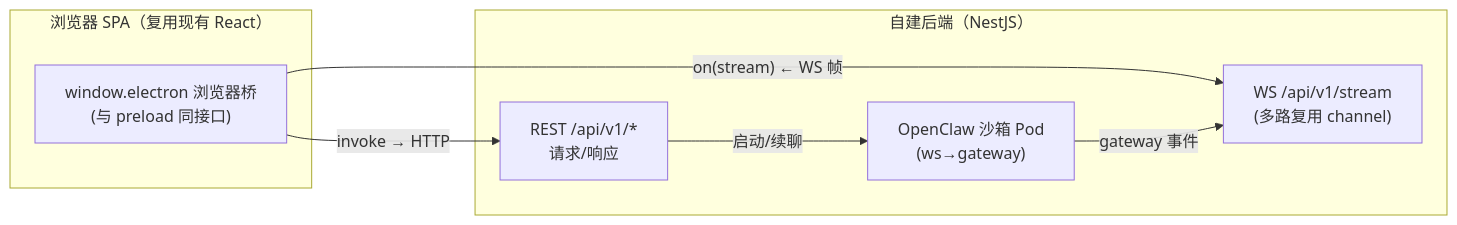
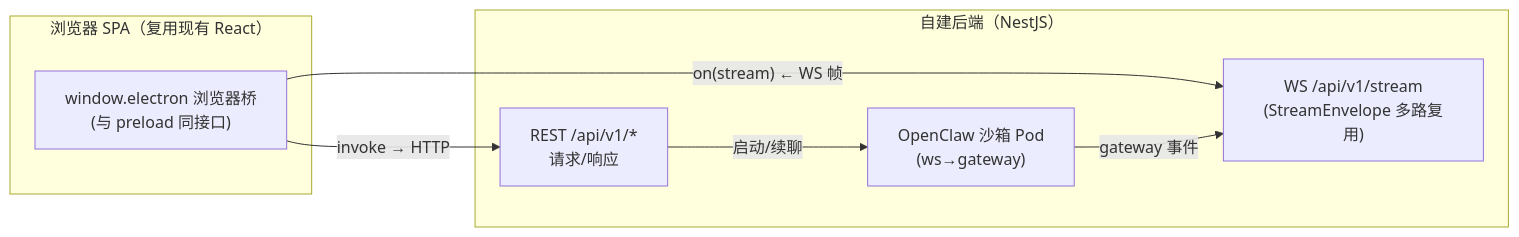
Before and after one commit to edward-ng-duke/LobsterAI: the first of 2 diagrams in 改造计划/附录A-IPC通道与接口映射.md, drawn with Mermaid. The commit also changed other lines of this file and 27 other files, not shown here.

````diff
--- a/改造计划/附录A-IPC通道与接口映射.md
+++ b/改造计划/附录A-IPC通道与接口映射.md
@@ -27,15 +27,15 @@
 ```mermaid
 flowchart LR
   subgraph Renderer["浏览器 SPA（复用现有 React）"]
     Bridge["window.electron 浏览器桥\n(与 preload 同接口)"]
   end
   subgraph Backend["自建后端（NestJS）"]
     REST["REST /api/v1/*\n请求/响应"]
-    WS["WS /api/v1/stream\n(多路复用 channel)"]
+    WS["WS /api/v1/stream\n(StreamEnvelope 多路复用)"]
     Sandbox["OpenClaw 沙箱 Pod\n(ws→gateway)"]
   end
   Bridge -- "invoke → HTTP" --> REST
   Bridge -- "on(stream) ← WS 帧" --> WS
   REST -- "启动/续聊" --> Sandbox
   Sandbox -- "gateway 事件" --> WS
 ```
````
